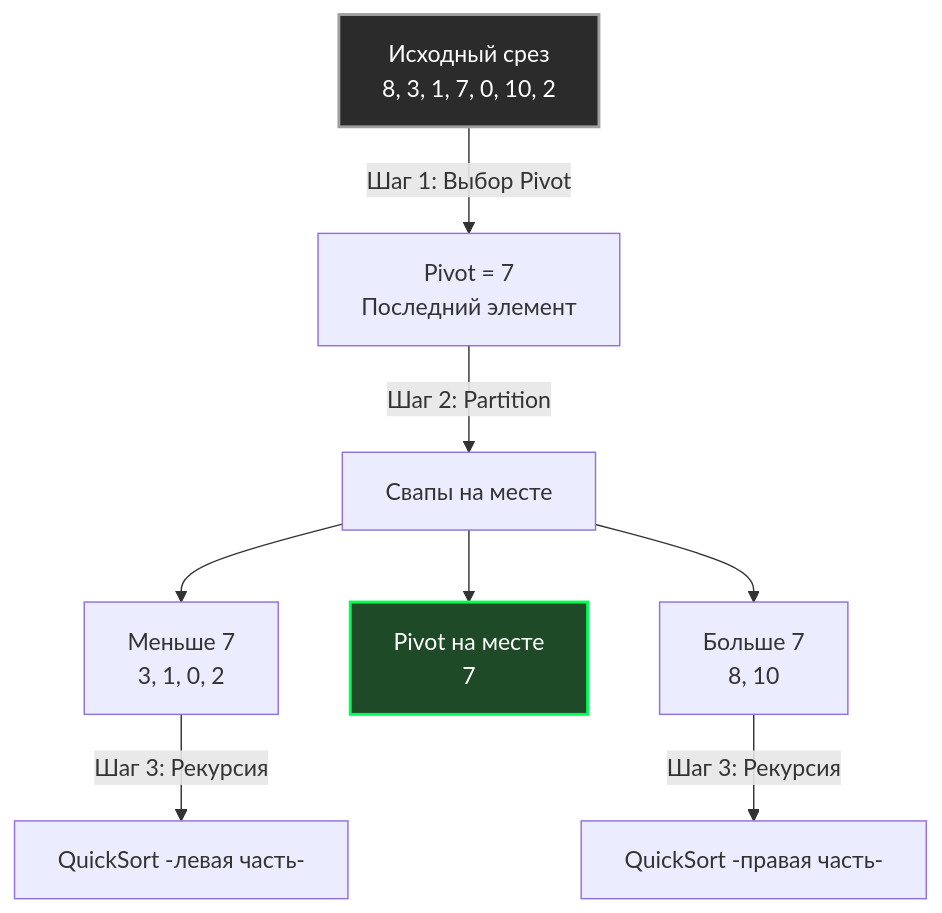
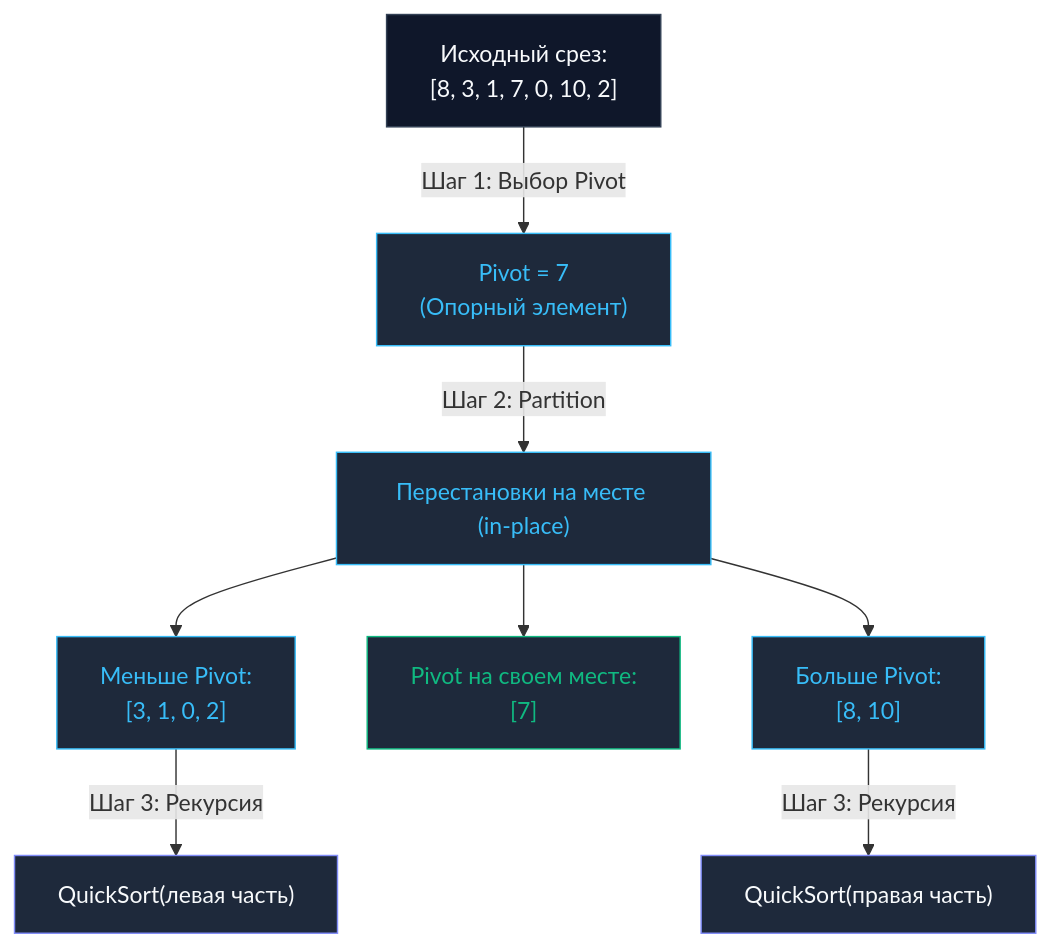
One commit to UnrealTemplier/go-textbook changed the diagram in sources/20. Алгоритмы и структуры данных (DSA) на Go/08. Сортировки/4. Quick sort.md. Above: the diagram before and after it, drawn with Mermaid. The commit also changed other lines of this file, not shown here.

Commit message:
feat(module-20): editorial rewrite of 08.4 Quick sort in Kernighan style

````diff
--- a/sources/20. Алгоритмы и структуры данных (DSA) на Go/08. Сортировки/4. Quick sort.md
+++ b/sources/20. Алгоритмы и структуры данных (DSA) на Go/08. Сортировки/4. Quick sort.md
@@ -15,14 +18,21 @@
 ```mermaid
 flowchart TD
-    A["Исходный срез<br>8, 3, 1, 7, 0, 10, 2"] -->|"Шаг 1: Выбор Pivot"| B["Pivot = 7<br>Последний элемент"]
-    B -->|"Шаг 2: Partition"| C["Свапы на месте"]
-    C --> D["Меньше 7<br>3, 1, 0, 2"]
-    C --> E["Pivot на месте<br>7"]
-    C --> F["Больше 7<br>8, 10"]
+    A["Исходный срез:<br/>[8, 3, 1, 7, 0, 10, 2]"] -->|"Шаг 1: Выбор Pivot"| B["Pivot = 7<br/>(Опорный элемент)"]
+    B -->|"Шаг 2: Partition"| C["Перестановки на месте (in-place)"]
+    C --> D["Меньше Pivot:<br/>[3, 1, 0, 2]"]
+    C --> E["Pivot на своем месте:<br/>[7]"]
+    C --> F["Больше Pivot:<br/>[8, 10]"]
     
-    D -->|"Шаг 3: Рекурсия"| G["QuickSort -левая часть-"]
-    F -->|"Шаг 3: Рекурсия"| H["QuickSort -правая часть-"]
-    
-    style A fill:#2b2b2b,stroke:#a0a0a0,stroke-width:2px,color:#fff
-    style E fill:#1e4a28,stroke:#00ff55,stroke-width:2px,color:#fff
+    D -->|"Шаг 3: Рекурсия"| G["QuickSort(левая часть)"]
+    F -->|"Шаг 3: Рекурсия"| H["QuickSort(правая часть)"]
+
+    classDef default fill:#0f172a,stroke:#334155,color:#f8fafc
+    classDef step fill:#1e293b,stroke:#38bdf8,color:#38bdf8
+    classDef pivot fill:#1e293b,stroke:#10b981,color:#10b981
+    classDef branch fill:#1e293b,stroke:#818cf8,color:#f8fafc
+
+    class A default
+    class B,C,D,F step
+    class E pivot
+    class G,H branch
 ```
````
